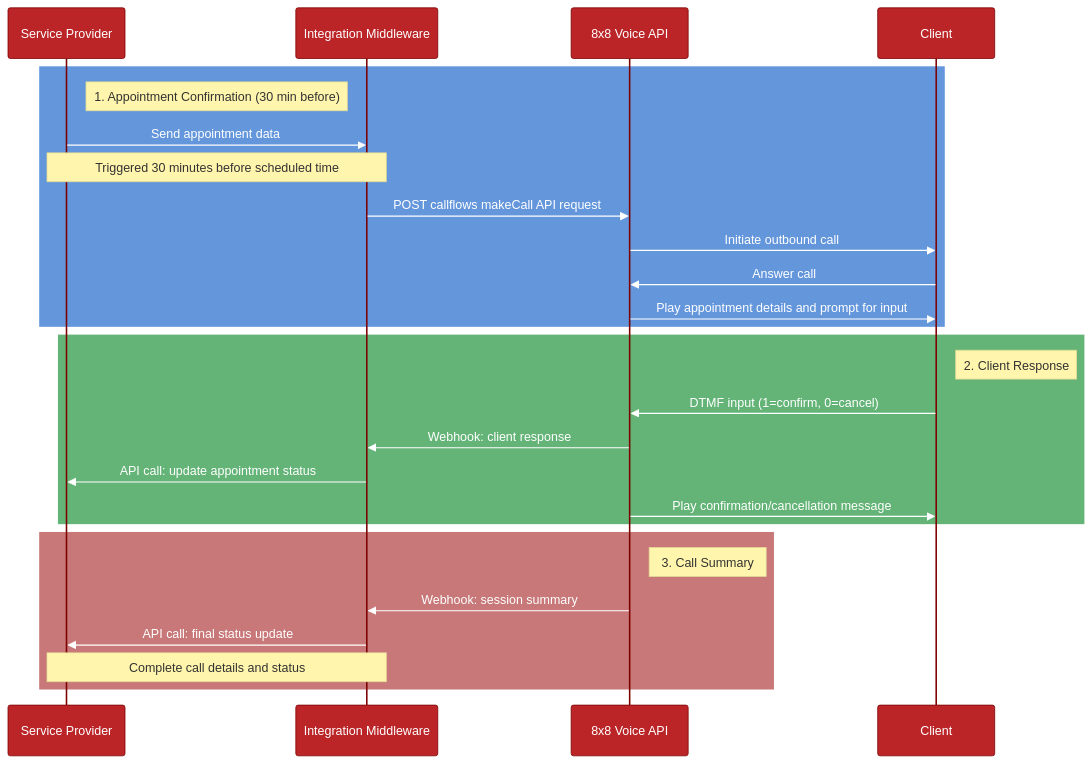
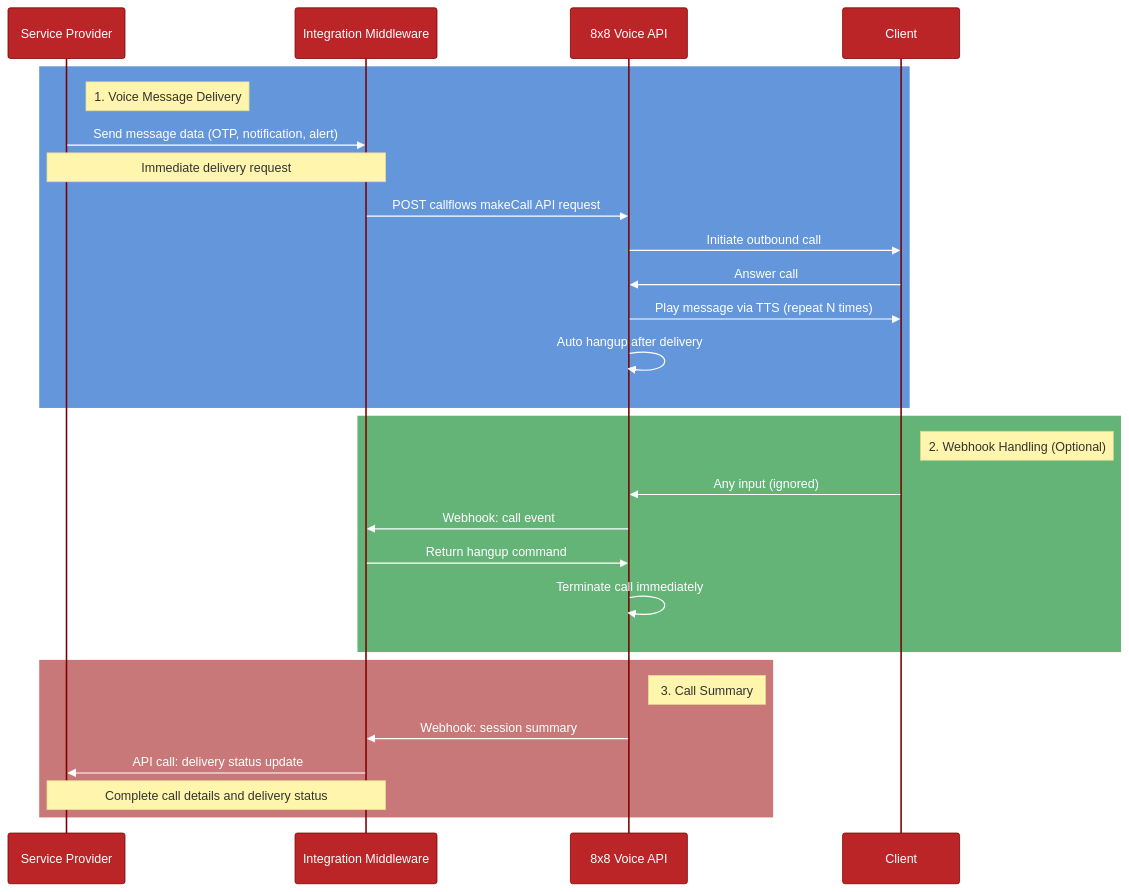
One commit to harrism04/voice_messaging changed the diagram in flow_diagram_simple.md. Above: the diagram before and after it, drawn with Mermaid. The commit also changed other lines of this file and 1 other file, not shown here.

Commit message:
Update flow diagrams for voice messaging system
- Updated detailed flow diagram to show voice message delivery instead of appointment confirmation
- Changed from scheduled calls to immediate message delivery (OTP, notifications, alerts)
- Modified webhook processing to show hangup response for any input
- Updated simple flow diagram with TTS message delivery and auto-hangup
- Removed DTMF input handling from flow descriptions
- Updated descriptions to focus on delivery status rather than appointment confirmation

🤖 Generated with [Claude Code](https://claude.ai/code)

````diff
--- a/flow_diagram_simple.md
+++ b/flow_diagram_simple.md
@@ -3,45 +3,46 @@
 ```mermaid
 %%{init: {
   'theme': 'base', 
   'themeVariables': {
     'primaryColor': '#BB2528',
     'primaryTextColor': '#fff',
     'primaryBorderColor': '#7C0000',
     'lineColor': '#F8B229',
     'secondaryColor': '#006100',
     'tertiaryColor': '#fff',
     'textColor': '#fff',
     'noteTextColor': '#333',
     'noteBkgColor': '#fff5ad',
     'edgeLabelBackground': 'rgba(0,0,0,0.5)',
     'background': 'transparent'
   }
 }}%%
 sequenceDiagram
     participant Provider as Service Provider
     participant Middleware as Integration Middleware
     participant Voice8x8 as 8x8 Voice API
     participant Client as Client
     rect rgb(100, 150, 220)
-        note right of Provider: 1. Appointment Confirmation (30 min before)
-        Provider->>Middleware: Send appointment data
-        Note over Provider,Middleware: Triggered 30 minutes before scheduled time
+        note right of Provider: 1. Voice Message Delivery
+        Provider->>Middleware: Send message data (OTP, notification, alert)
+        Note over Provider,Middleware: Immediate delivery request
         Middleware->>Voice8x8: POST callflows makeCall API request
         Voice8x8->>Client: Initiate outbound call
         Client->>Voice8x8: Answer call
-        Voice8x8->>Client: Play appointment details and prompt for input
+        Voice8x8->>Client: Play message via TTS (repeat N times)
+        Voice8x8->>Voice8x8: Auto hangup after delivery
     end
     rect rgb(100, 180, 120)
-        note right of Client: 2. Client Response
-        Client->>Voice8x8: DTMF input (1=confirm, 0=cancel)
-        Voice8x8->>Middleware: Webhook: client response
-        Middleware->>Provider: API call: update appointment status
-        Voice8x8->>Client: Play confirmation/cancellation message
+        note right of Client: 2. Webhook Handling (Optional)
+        Client->>Voice8x8: Any input (ignored)
+        Voice8x8->>Middleware: Webhook: call event
+        Middleware->>Voice8x8: Return hangup command
+        Voice8x8->>Voice8x8: Terminate call immediately
     end
     rect rgb(200, 120, 120)
         note right of Voice8x8: 3. Call Summary
         Voice8x8->>Middleware: Webhook: session summary
-        Middleware->>Provider: API call: final status update
-        Note over Middleware,Provider: Complete call details and status
+        Middleware->>Provider: API call: delivery status update
+        Note over Middleware,Provider: Complete call details and delivery status
     end
 ```
````
